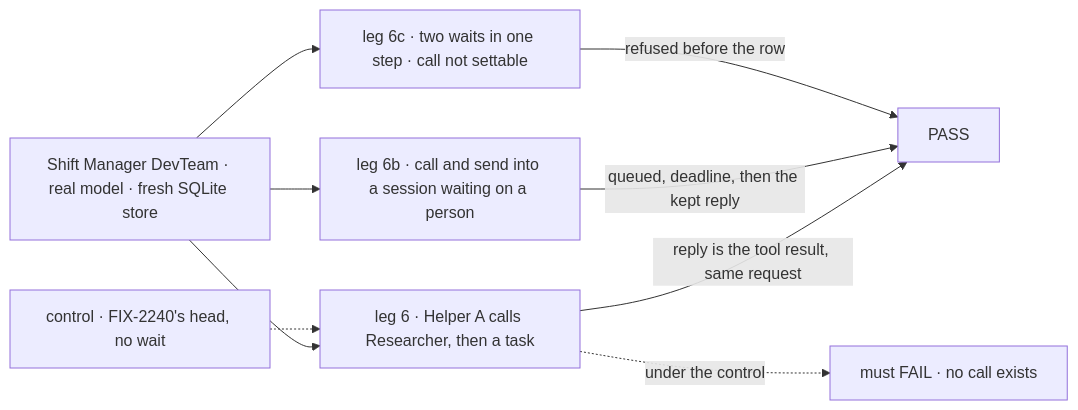
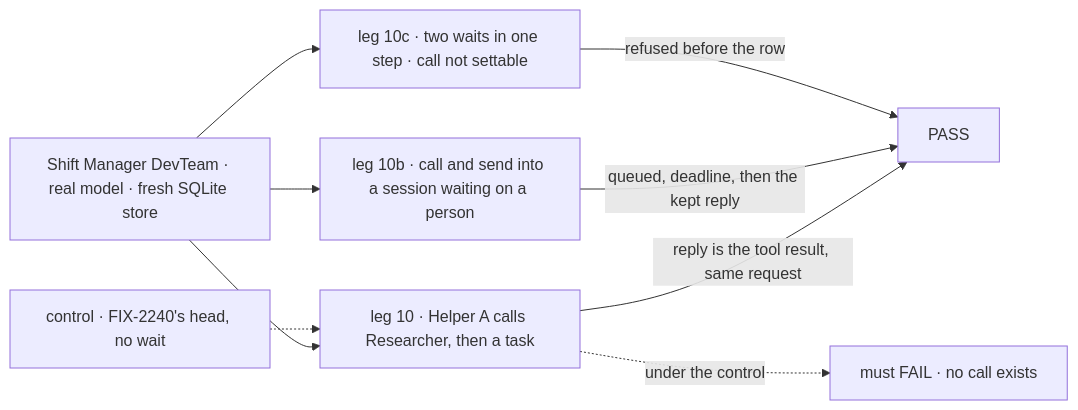
One commit to fixpoint-labs/flow-state-dev changed the first of 3 diagrams in specs/issues/FIX-2239/SPEC.md. Above: the diagram before and after it, drawn with Mermaid. The commit also changed other lines of this file and 1 other file, not shown here.

First line of the commit message:
spec(FIX-2239): goal legs 10-10c after FIX-2160 and FIX-2240; name deliveredAs and task_running

````diff
--- a/specs/issues/FIX-2239/SPEC.md
+++ b/specs/issues/FIX-2239/SPEC.md
@@ -34,11 +34,11 @@
 ```mermaid
 flowchart LR
-  A["Shift Manager DevTeam · real model · fresh SQLite store"] --> L1["leg 6 · Helper A calls Researcher, then a task"]
-  A --> L2["leg 6b · call and send into a session waiting on a person"]
-  A --> L3["leg 6c · two waits in one step · call not settable"]
+  A["Shift Manager DevTeam · real model · fresh SQLite store"] --> L1["leg 10 · Helper A calls Researcher, then a task"]
+  A --> L2["leg 10b · call and send into a session waiting on a person"]
+  A --> L3["leg 10c · two waits in one step · call not settable"]
   L1 -->|"reply is the tool result, same request"| P["PASS"]
   L2 -->|"queued, deadline, then the kept reply"| P
   L3 -->|"refused before the row"| P
   C["control · FIX-2240's head, no wait"] -.-> L1
   L1 -.->|"under the control"| F["must FAIL · no call exists"]
 ```
````
